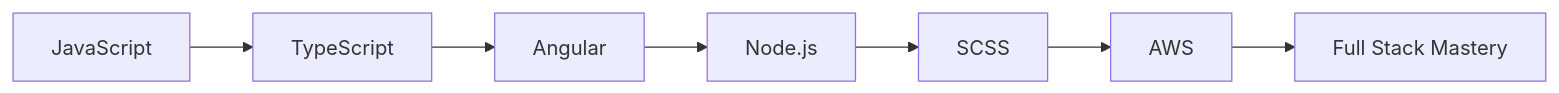
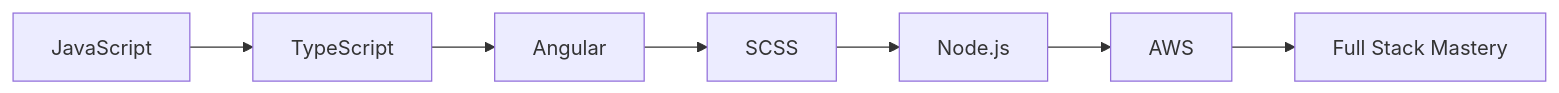
The diagram in README.md (jakobneri/jakobneri), drawn with Mermaid before and after one commit.

````diff
--- a/README.md
+++ b/README.md
@@ -57,9 +57,9 @@
 ```mermaid
 graph LR
     A[JavaScript] --> B[TypeScript]
     B --> C[Angular]
-    C --> D[Node.js]
-    D --> E[SCSS]
+    C --> D[SCSS]
+    D --> E[Node.js]
     E --> F[AWS]
     F --> G[Full Stack Mastery]
 ```
````
